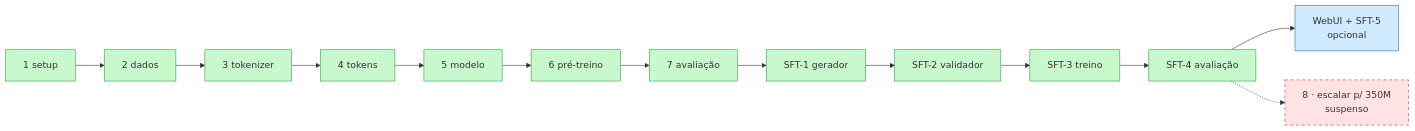
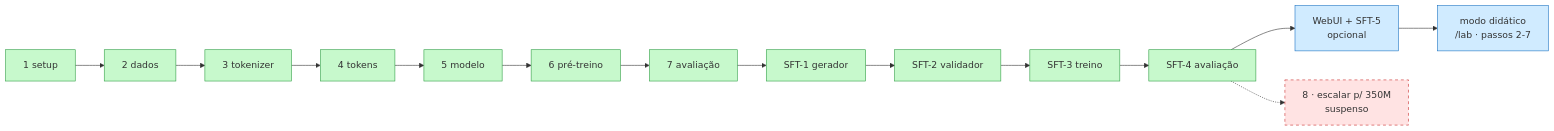
One commit to marcelogsouza/pingo changed the second of 2 diagrams in docs/Pingo.md. Above: the diagram before and after it, drawn with Mermaid. The commit also changed other lines of this file and 8 other files, not shown here.

First line of the commit message:
docs: nota "Modo didático" + estado (140 testes, /lab, sem GPU)

````diff
--- a/docs/Pingo.md
+++ b/docs/Pingo.md
@@ -139,22 +140,24 @@
 ```mermaid
 flowchart LR
     s1["1 setup"] --> s2["2 dados"] --> s3["3 tokenizer"] --> s4["4 tokens"] --> s5["5 modelo"]
     s5 --> s6["6 pré-treino"] --> s7["7 avaliação"]
     s7 --> s1g["SFT-1 gerador"]
     s1g --> s2v["SFT-2 validador"] --> s3t["SFT-3 treino"] --> s4e["SFT-4 avaliação"]
     s4e --> ui["WebUI + SFT-5<br/>opcional"]
+    ui --> lab["modo didático<br/>/lab · passos 2-7"]
     s4e -.-> s8["8 · escalar p/ 350M<br/>suspenso"]
     style s1 fill:#c7f9cc,stroke:#2f9e44
     style s2 fill:#c7f9cc,stroke:#2f9e44
     style s3 fill:#c7f9cc,stroke:#2f9e44
     style s4 fill:#c7f9cc,stroke:#2f9e44
     style s5 fill:#c7f9cc,stroke:#2f9e44
     style s6 fill:#c7f9cc,stroke:#2f9e44
     style s7 fill:#c7f9cc,stroke:#2f9e44
     style s1g fill:#c7f9cc,stroke:#2f9e44
     style s2v fill:#c7f9cc,stroke:#2f9e44
     style s3t fill:#c7f9cc,stroke:#2f9e44
     style s4e fill:#c7f9cc,stroke:#2f9e44
     style ui fill:#d0ebff,stroke:#1971c2
+    style lab fill:#d0ebff,stroke:#1971c2
     style s8 fill:#ffe3e3,stroke:#c92a2a,stroke-dasharray: 5 5
 ```
````
